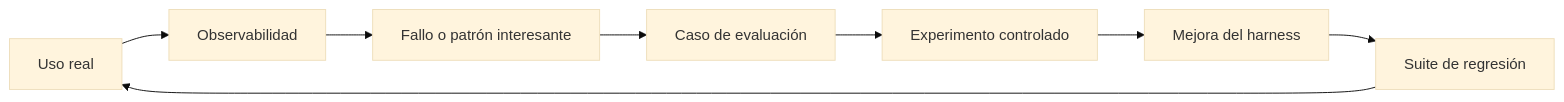
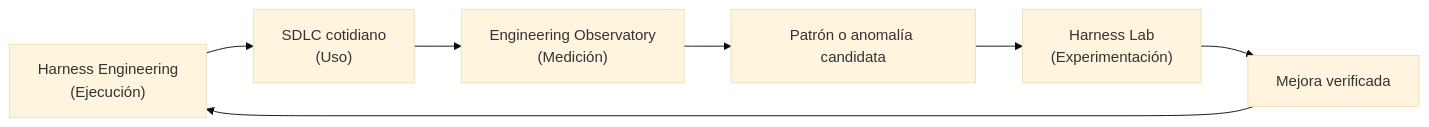
One commit to marcosdh1987/harness-engineering-guide changed the diagram in docs/es/medir-y-mejorar/index.md. Above: the diagram before and after it, drawn with Mermaid (base theme). The commit also changed other lines of this file and 9 other files, not shown here.

Commit message:
docs: expand Engineering Delivery Observatory guides and add MathJax support

````diff
--- a/docs/es/medir-y-mejorar/index.md
+++ b/docs/es/medir-y-mejorar/index.md
@@ -12,10 +14,9 @@
 ```mermaid
 flowchart LR
-    U["Uso real"] --> O["Observabilidad"]
-    O --> F["Fallo o patrón interesante"]
-    F --> C["Caso de evaluación"]
-    C --> E["Experimento controlado"]
-    E --> H["Mejora del harness"]
-    H --> R["Suite de regresión"]
-    R --> U
+    H["Harness Engineering<br/>(Ejecución)"] --> U["SDLC cotidiano<br/>(Uso)"]
+    U --> O["Engineering Observatory<br/>(Medición)"]
+    O --> F["Patrón o anomalía candidata"]
+    F --> LAB["Harness Lab<br/>(Experimentación)"]
+    LAB --> IMP["Mejora verificada"]
+    IMP --> H
 ```
````
